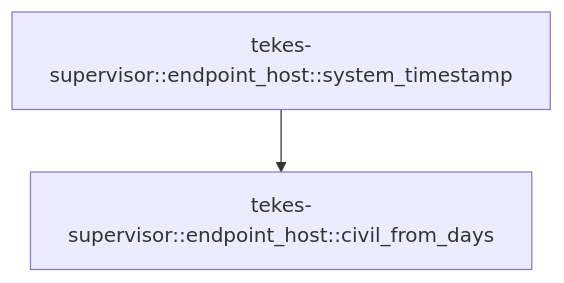
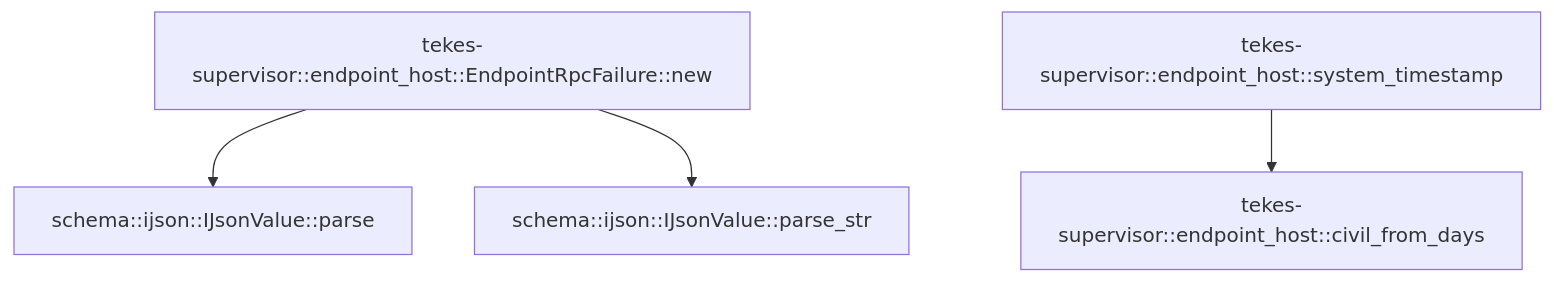
One commit to TekesApps/TekesKernel changed the seventh of 7 diagrams in crates/supervisor/docs/generated/src--endpoint_host.md. Above: the diagram before and after it, drawn with Mermaid. The commit also changed other lines of this file and 46 other files, not shown here.

````diff
--- a/crates/supervisor/docs/generated/src--endpoint_host.md
+++ b/crates/supervisor/docs/generated/src--endpoint_host.md
@@ -728,6 +727,11 @@
 ```mermaid
 flowchart TD
-  n0["tekes-supervisor::endpoint_host::system_timestamp"]
-  n1["tekes-supervisor::endpoint_host::civil_from_days"]
-  n0 --> n1
+  n0["schema::ijson::IJsonValue::parse"]
+  n1["schema::ijson::IJsonValue::parse_str"]
+  n2["tekes-supervisor::endpoint_host::EndpointRpcFailure::new"]
+  n3["tekes-supervisor::endpoint_host::system_timestamp"]
+  n4["tekes-supervisor::endpoint_host::civil_from_days"]
+  n2 --> n0
+  n2 --> n1
+  n3 --> n4
 ```
````
